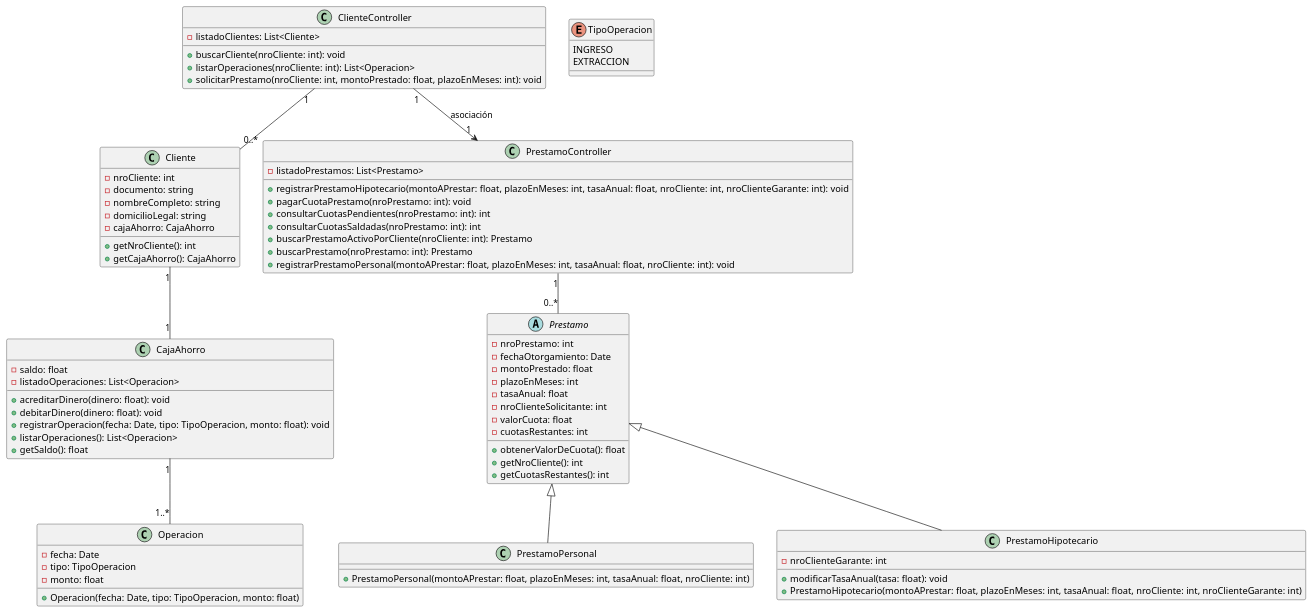
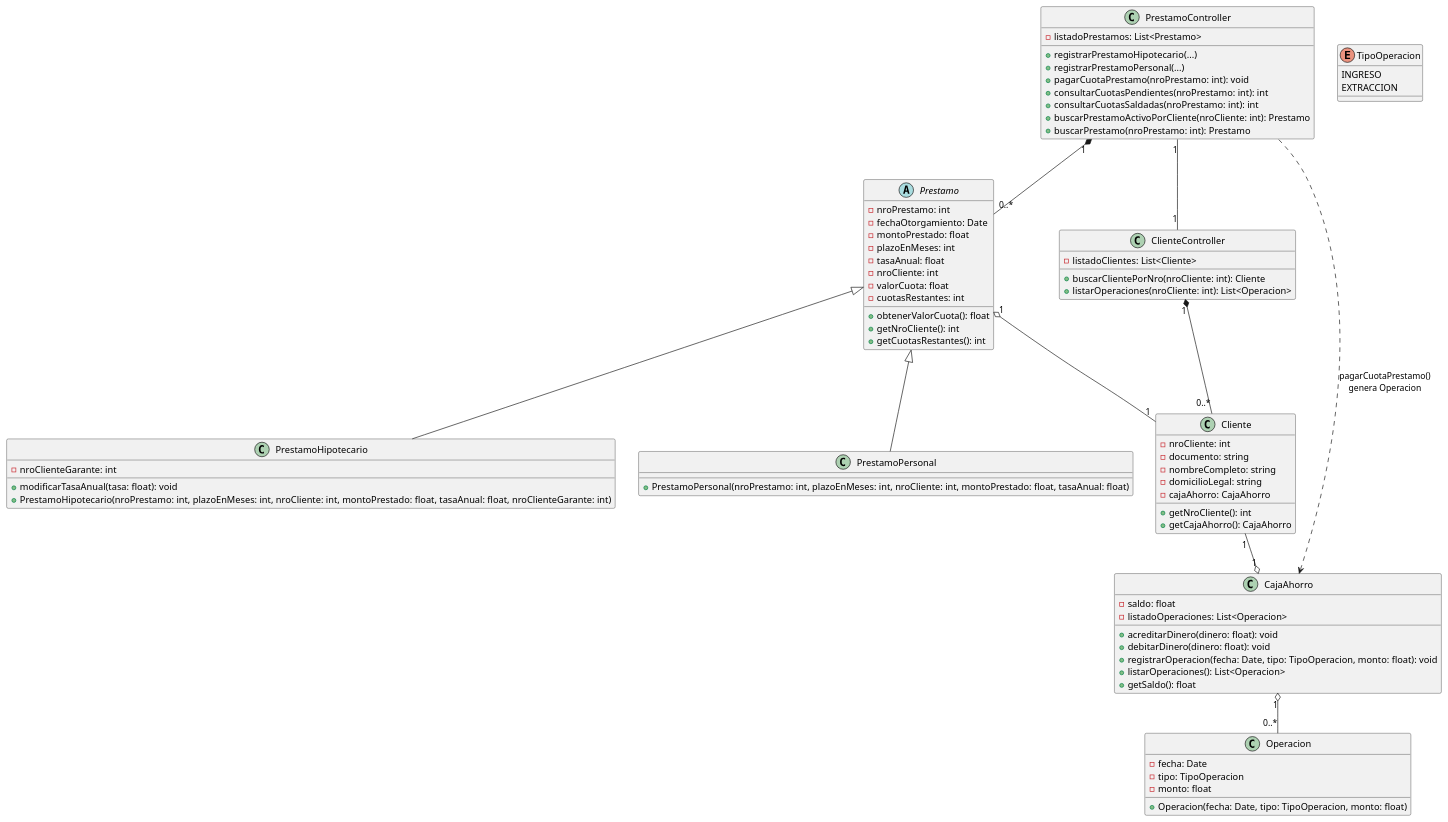
The diagram in src/main/java/org/uade/diagrams/DiagramaClasesPrestamos.puml (CoachEmilio/FinalAdelantadoPOO), drawn with PlantUML before and after one commit.

Commit message:
Update Diagram Class - Relations and Cardinality

```diff
--- a/src/main/java/org/uade/diagrams/DiagramaClasesPrestamos.puml
+++ b/src/main/java/org/uade/diagrams/DiagramaClasesPrestamos.puml
@@ -1,89 +1,90 @@
 @startuml
-  ' Diagrama de clases - Banco Gestión de Préstamos
+' Diagrama de clases - Banco Gestión de Préstamos (ajustado según tus indicaciones)
 
-  class Cliente {
-    -nroCliente: int
-    -documento: string
-    -nombreCompleto: string
-    -domicilioLegal: string
-    -cajaAhorro: CajaAhorro
-    +getNroCliente(): int
-    +getCajaAhorro(): CajaAhorro
-  }
+class Cliente {
+  -nroCliente: int
+  -documento: string
+  -nombreCompleto: string
+  -domicilioLegal: string
+  -cajaAhorro: CajaAhorro
+  +getNroCliente(): int
+  +getCajaAhorro(): CajaAhorro
+}
 
-  class CajaAhorro {
-    -saldo: float
-    -listadoOperaciones: List<Operacion>
-    +acreditarDinero(dinero: float): void
-    +debitarDinero(dinero: float): void
-    +registrarOperacion(fecha: Date, tipo: TipoOperacion, monto: float): void
-    +listarOperaciones(): List<Operacion>
-    +getSaldo(): float
-  }
+class CajaAhorro {
+  -saldo: float
+  -listadoOperaciones: List<Operacion>
+  +acreditarDinero(dinero: float): void
+  +debitarDinero(dinero: float): void
+  +registrarOperacion(fecha: Date, tipo: TipoOperacion, monto: float): void
+  +listarOperaciones(): List<Operacion>
+  +getSaldo(): float
+}
 
-  class Operacion {
-    -fecha: Date
-    -tipo: TipoOperacion
-    -monto: float
-    +Operacion(fecha: Date, tipo: TipoOperacion, monto: float)
-  }
+class Operacion {
+  -fecha: Date
+  -tipo: TipoOperacion
+  -monto: float
+  +Operacion(fecha: Date, tipo: TipoOperacion, monto: float)
+}
 
-  enum TipoOperacion {
-    INGRESO
-    EXTRACCION
-  }
+enum TipoOperacion {
+  INGRESO
+  EXTRACCION
+}
 
-  abstract class Prestamo {
-    -nroPrestamo: int
-    -fechaOtorgamiento: Date
-    -montoPrestado: float
-    -plazoEnMeses: int
-    -tasaAnual: float
-    -nroClienteSolicitante: int
-    -valorCuota: float
-    -cuotasRestantes: int
-    +obtenerValorDeCuota(): float
-    +getNroCliente(): int
-    +getCuotasRestantes(): int
-  }
+abstract class Prestamo {
+  -nroPrestamo: int
+  -fechaOtorgamiento: Date
+  -montoPrestado: float
+  -plazoEnMeses: int
+  -tasaAnual: float
+  -nroCliente: int
+  -valorCuota: float
+  -cuotasRestantes: int
+  +obtenerValorCuota(): float
+  +getNroCliente(): int
+  +getCuotasRestantes(): int
+}
 
-  class PrestamoPersonal {
-    +PrestamoPersonal(montoAPrestar: float, plazoEnMeses: int, tasaAnual: float, nroCliente: int)
-  }
+class PrestamoPersonal {
+  +PrestamoPersonal(nroPrestamo: int, plazoEnMeses: int, nroCliente: int, montoPrestado: float, tasaAnual: float)
+}
 
-  class PrestamoHipotecario {
-    -nroClienteGarante: int
-    +modificarTasaAnual(tasa: float): void
-    +PrestamoHipotecario(montoAPrestar: float, plazoEnMeses: int, tasaAnual: float, nroCliente: int, nroClienteGarante: int)
-  }
+class PrestamoHipotecario {
+  -nroClienteGarante: int
+  +modificarTasaAnual(tasa: float): void
+  +PrestamoHipotecario(nroPrestamo: int, plazoEnMeses: int, nroCliente: int, montoPrestado: float, tasaAnual: float, nroClienteGarante: int)
+}
 
-  class ClienteController {
-    -listadoClientes: List<Cliente>
-    +buscarCliente(nroCliente: int): void
-    +listarOperaciones(nroCliente: int): List<Operacion>
-    +solicitarPrestamo(nroCliente: int, montoPrestado: float, plazoEnMeses: int): void
-  }
+class ClienteController {
+  -listadoClientes: List<Cliente>
+  +buscarClientePorNro(nroCliente: int): Cliente
+  +listarOperaciones(nroCliente: int): List<Operacion>
+}
 
-  class PrestamoController {
-    -listadoPrestamos: List<Prestamo>
-    +registrarPrestamoHipotecario(montoAPrestar: float, plazoEnMeses: int, tasaAnual: float, nroCliente: int, nroClienteGarante: int): void
-    +pagarCuotaPrestamo(nroPrestamo: int): void
-    +consultarCuotasPendientes(nroPrestamo: int): int
-    +consultarCuotasSaldadas(nroPrestamo: int): int
-    +buscarPrestamoActivoPorCliente(nroCliente: int): Prestamo
-    +buscarPrestamo(nroPrestamo: int): Prestamo
-    +registrarPrestamoPersonal(montoAPrestar: float, plazoEnMeses: int, tasaAnual: float, nroCliente: int): void
-  }
+class PrestamoController {
+  -listadoPrestamos: List<Prestamo>
+  +registrarPrestamoHipotecario(...)
+  +registrarPrestamoPersonal(...)
+  +pagarCuotaPrestamo(nroPrestamo: int): void
+  +consultarCuotasPendientes(nroPrestamo: int): int
+  +consultarCuotasSaldadas(nroPrestamo: int): int
+  +buscarPrestamoActivoPorCliente(nroCliente: int): Prestamo
+  +buscarPrestamo(nroPrestamo: int): Prestamo
+}
 
-  ' Relaciones y multiplicidades
-  Cliente "1" -- "1" CajaAhorro
-  ClienteController "1" -- "0..*" Cliente
-  CajaAhorro "1" -- "1..*" Operacion
-  PrestamoController "1" -- "0..*" Prestamo
-  Prestamo <|-- PrestamoPersonal
-  Prestamo <|-- PrestamoHipotecario
+' Relaciones ajustadas
+ClienteController "1" *-- "0..*" Cliente
+PrestamoController "1" *-- "0..*" Prestamo
+PrestamoController "1" -- "1" ClienteController
+Prestamo "1" o-- "1" Cliente
+Prestamo <|-- PrestamoPersonal
+Prestamo <|-- PrestamoHipotecario
+CajaAhorro "1" o-- "0..*" Operacion
+Cliente "1" --o "1" CajaAhorro
 
-  ' Asociación débil entre controllers
-  ClienteController "1" --> "1" PrestamoController : asociación
+' Relación de dependencia: pago de cuota genera operación
+PrestamoController ..> CajaAhorro : pagarCuotaPrestamo()\ngenera Operacion
 
-  @enduml
+@enduml
```
